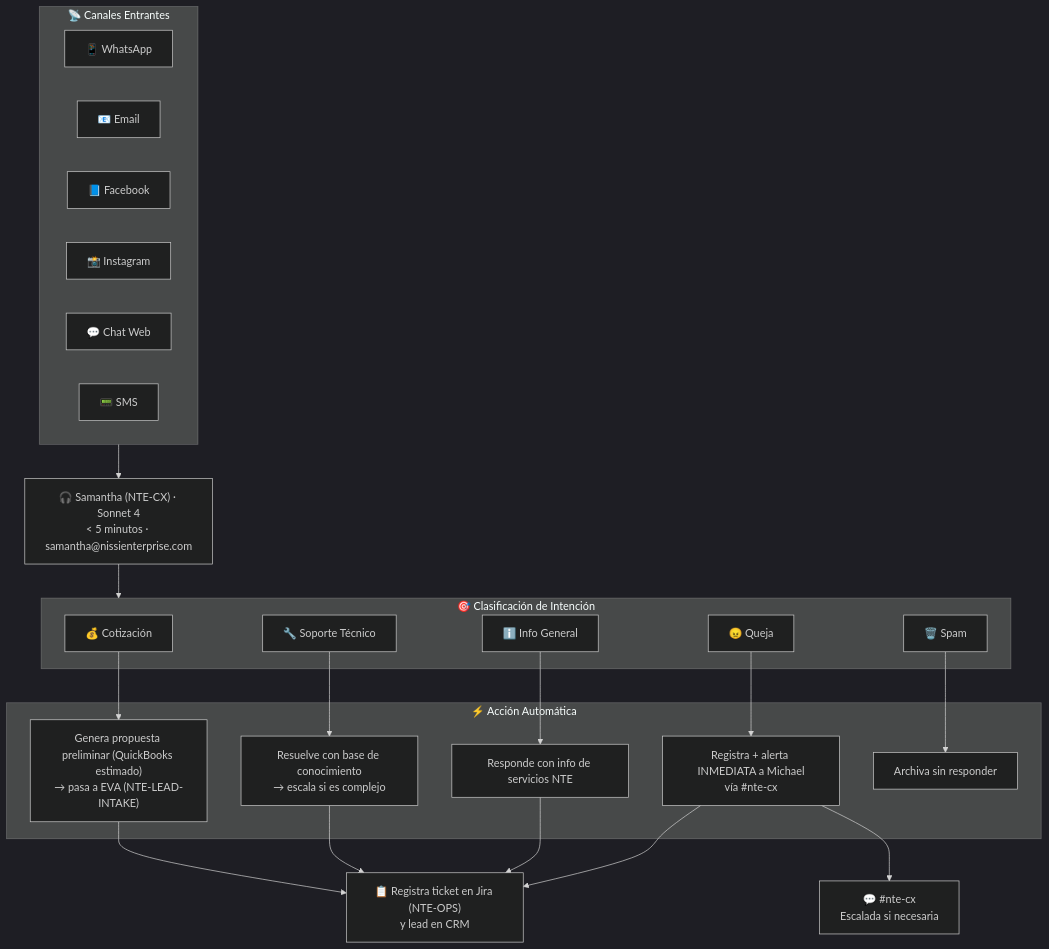
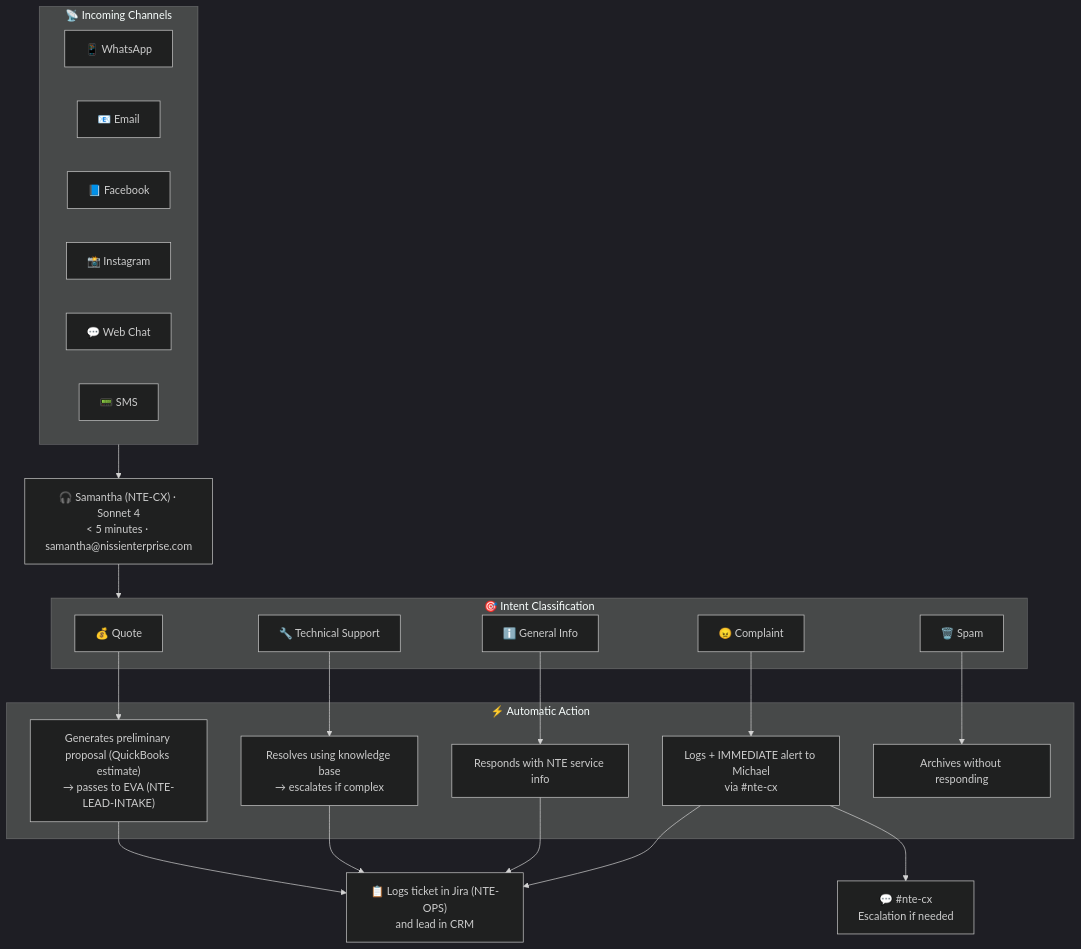
The diagram in documentation/04-flows/customer-service-flow.md (nissienterprise/nissi-openclaw-vps), drawn with Mermaid (dark theme) before and after one commit. The commit also changed other lines of this file and 46 other files, not shown here.

````diff
--- a/documentation/04-flows/customer-service-flow.md
+++ b/documentation/04-flows/customer-service-flow.md
@@ -8,37 +8,37 @@
 ```mermaid
 flowchart TD
-    subgraph CANALES["📡 Canales Entrantes"]
-        WA["📱 WhatsApp"] & EM["📧 Email"] & FB["📘 Facebook"] & IG["📸 Instagram"] & CH["💬 Chat Web"] & SMS["📟 SMS"]
+    subgraph CANALES["📡 Incoming Channels"]
+        WA["📱 WhatsApp"] & EM["📧 Email"] & FB["📘 Facebook"] & IG["📸 Instagram"] & CH["💬 Web Chat"] & SMS["📟 SMS"]
     end
 
-    CX["🎧 Samantha (NTE-CX) · Sonnet 4\n< 5 minutos · samantha@nissienterprise.com"]
+    CX["🎧 Samantha (NTE-CX) · Sonnet 4\n< 5 minutes · samantha@nissienterprise.com"]
 
-    subgraph CLASIFICACION["🎯 Clasificación de Intención"]
-        Q["💰 Cotización"]
-        S["🔧 Soporte Técnico"]
-        I["ℹ️ Info General"]
-        C["😠 Queja"]
+    subgraph CLASIFICACION["🎯 Intent Classification"]
+        Q["💰 Quote"]
+        S["🔧 Technical Support"]
+        I["ℹ️ General Info"]
+        C["😠 Complaint"]
         SP["🗑️ Spam"]
     end
 
-    subgraph ACCION["⚡ Acción Automática"]
-        A1["Genera propuesta preliminar (QuickBooks estimado)\n→ pasa a EVA (NTE-LEAD-INTAKE)"]
-        A2["Resuelve con base de conocimiento\n→ escala si es complejo"]
-        A3["Responde con info de servicios NTE"]
-        A4["Registra + alerta INMEDIATA a Michael\nvía #nte-cx"]
-        A5["Archiva sin responder"]
+    subgraph ACCION["⚡ Automatic Action"]
+        A1["Generates preliminary proposal (QuickBooks estimate)\n→ passes to EVA (NTE-LEAD-INTAKE)"]
+        A2["Resolves using knowledge base\n→ escalates if complex"]
+        A3["Responds with NTE service info"]
+        A4["Logs + IMMEDIATE alert to Michael\nvia #nte-cx"]
+        A5["Archives without responding"]
     end
 
-    CRM["📋 Registra ticket en Jira (NTE-OPS)\ny lead en CRM"]
-    SLACK["💬 #nte-cx\nEscalada si necesaria"]
+    CRM["📋 Logs ticket in Jira (NTE-OPS)\nand lead in CRM"]
+    SLACK["💬 #nte-cx\nEscalation if needed"]
 
     CANALES --> CX
     CX --> CLASIFICACION
     Q --> A1
     S --> A2
     I --> A3
     C --> A4
     SP --> A5
     A1 & A2 & A3 & A4 --> CRM
     A4 --> SLACK
 ```
````
